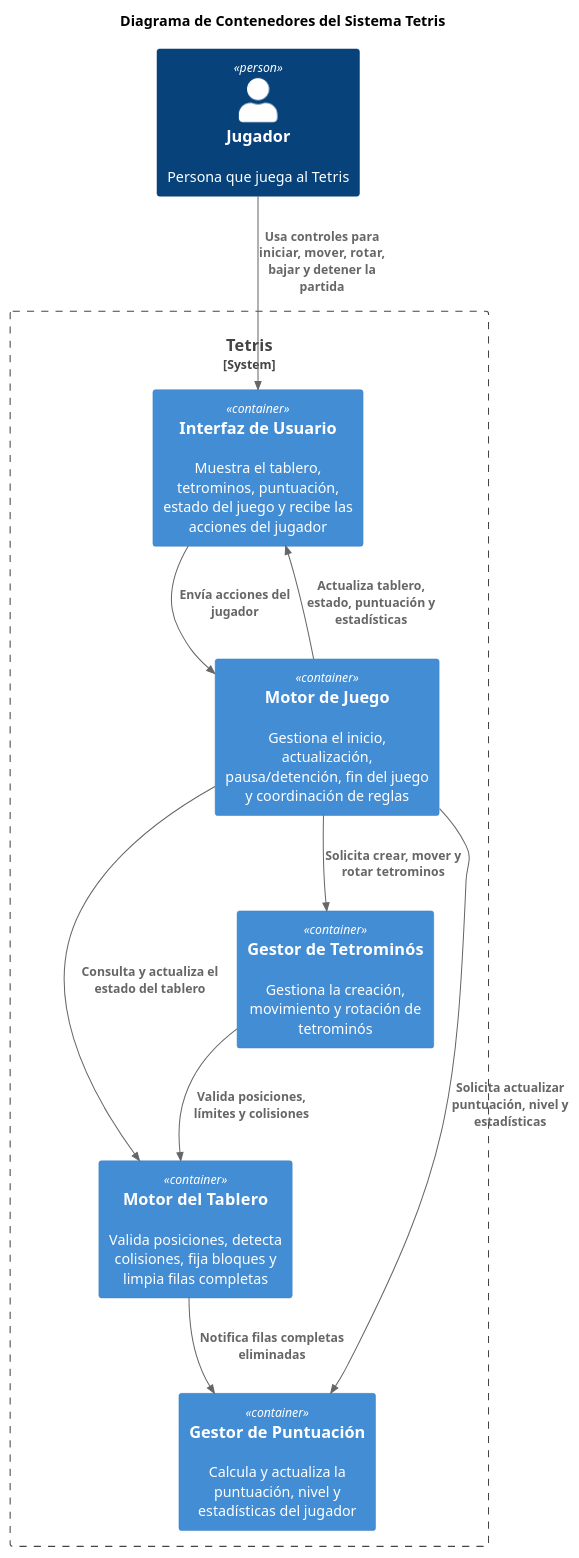
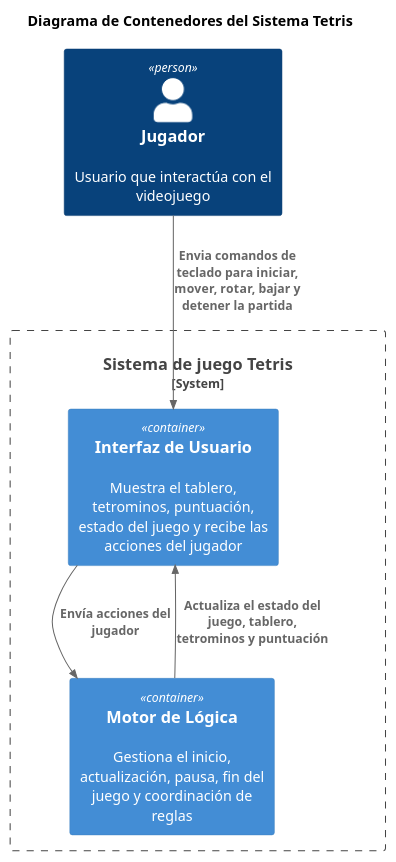
Before and after one commit to mateonicolasg/Tetris_VyV: the diagram in modeloC4_Tetris/container.puml, drawn with PlantUML. The commit also changed 2 other files, not shown here.

```diff
--- a/modeloC4_Tetris/container.puml
+++ b/modeloC4_Tetris/container.puml
@@ -1,28 +1,19 @@
 @startuml tetris-container
 title Diagrama de Contenedores del Sistema Tetris
 
 !include https://raw.githubusercontent.com/plantuml-stdlib/C4-PlantUML/master/C4_Container.puml
 
-Person(player, "Jugador", "Persona que juega al Tetris")
+Person(jugador, "Jugador", "Usuario que interactúa con el videojuego")
 
-System_Boundary(tetris, "Tetris") {
+System_Boundary(sistema_tetris_boundary, "Sistema de juego Tetris") {
     Container(ui, "Interfaz de Usuario", , "Muestra el tablero, tetrominos, puntuación, estado del juego y recibe las acciones del jugador")
-    Container(game_engine, "Motor de Juego", ,"Gestiona el inicio, actualización, pausa/detención, fin del juego y coordinación de reglas")
-    Container(board_manager, "Motor del Tablero", ,"Valida posiciones, detecta colisiones, fija bloques y limpia filas completas")
-    Container(tetromino_manager, "Gestor de Tetrominós", ,"Gestiona la creación, movimiento y rotación de tetrominós")
-    Container(score_manager, "Gestor de Puntuación", ,"Calcula y actualiza la puntuación, nivel y estadísticas del jugador")
+    Container(motor_juego, "Motor de Lógica", ,"Gestiona el inicio, actualización, pausa, fin del juego y coordinación de reglas")
 
-    Rel(player, ui, "Usa controles para iniciar, mover, rotar, bajar y detener la partida")
+    Rel(jugador, ui, "Envia comandos de teclado para iniciar, mover, rotar, bajar y detener la partida")
 
-    Rel(ui, game_engine, "Envía acciones del jugador")
-    Rel(game_engine, ui, "Actualiza tablero, estado, puntuación y estadísticas")
+    Rel(ui, motor_juego, "Envía acciones del jugador")
+    Rel(motor_juego, ui, "Actualiza el estado del juego, tablero, tetrominos y puntuación")
 
-    Rel(game_engine, board_manager, "Consulta y actualiza el estado del tablero")
-    Rel(game_engine, tetromino_manager, "Solicita crear, mover y rotar tetrominos")
-    Rel(game_engine, score_manager, "Solicita actualizar puntuación, nivel y estadísticas")
-
-    Rel(tetromino_manager, board_manager, "Valida posiciones, límites y colisiones")
-    Rel(board_manager, score_manager, "Notifica filas completas eliminadas")
 }
 
 @enduml
```
